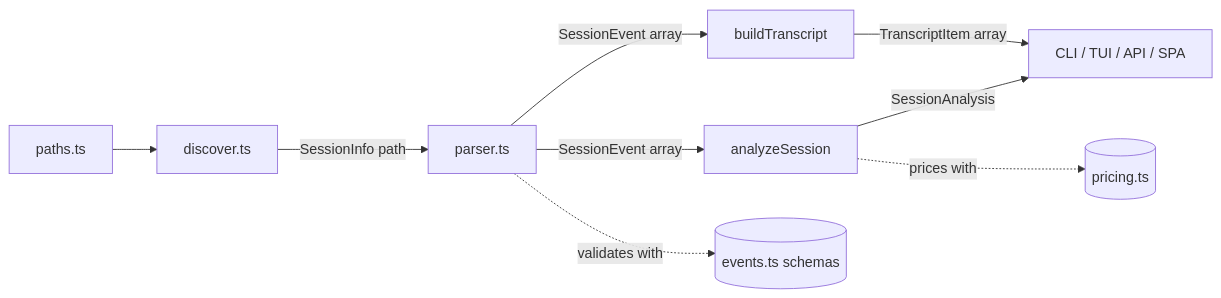
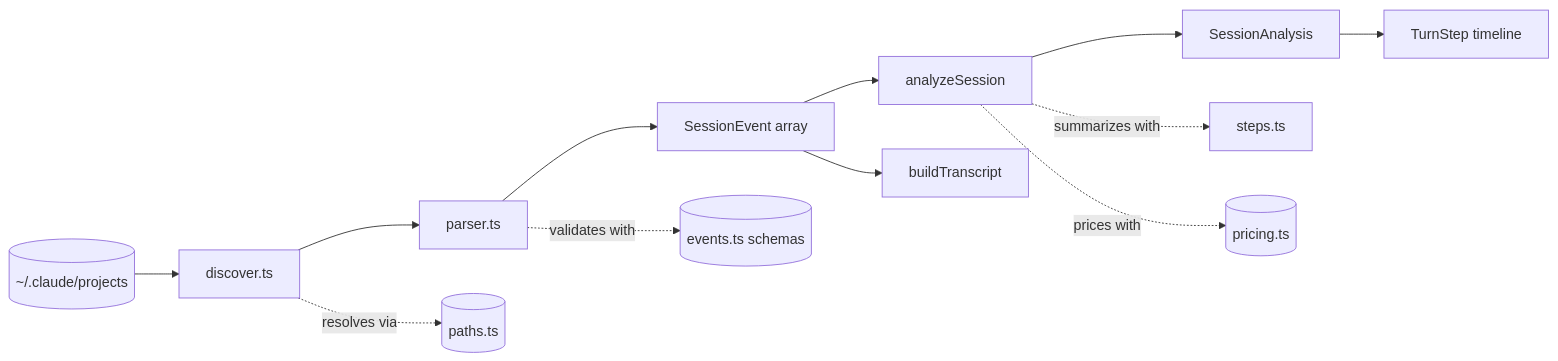
One commit to yorch/cc-analyzer changed the first of 2 diagrams in wiki/2-core-analysis-engine.md. Above: the diagram before and after it, drawn with Mermaid. The commit also changed other lines of this file and 16 other files, not shown here.

````diff
--- a/wiki/2-core-analysis-engine.md
+++ b/wiki/2-core-analysis-engine.md
@@ -24,13 +25,15 @@
 ```mermaid
 flowchart LR
-    paths[paths.ts] --> discover[discover.ts]
-    discover -->|SessionInfo path| parser[parser.ts]
-    parser -->|SessionEvent array| analyze[analyzeSession]
-    parser -->|SessionEvent array| transcript[buildTranscript]
-    analyze -->|SessionAnalysis| Consumers
-    transcript -->|TranscriptItem array| Consumers
+    Disk[(~/.claude/projects)] --> Discover[discover.ts]
+    Discover --> Parser[parser.ts]
+    Parser --> Events[SessionEvent array]
+    Events --> Analyze[analyzeSession]
+    Events --> Transcript[buildTranscript]
+    Analyze --> Analysis[SessionAnalysis]
+    Analysis --> Steps[TurnStep timeline]
 
-    parser -.validates with.-> events[(events.ts schemas)]
-    analyze -.prices with.-> pricing[(pricing.ts)]
-    Consumers[CLI / TUI / API / SPA]
+    Parser -.validates with.-> Schemas[(events.ts schemas)]
+    Analyze -.summarizes with.-> StepsMod[steps.ts]
+    Analyze -.prices with.-> Pricing[(pricing.ts)]
+    Discover -.resolves via.-> Paths[(paths.ts)]
 ```
````
